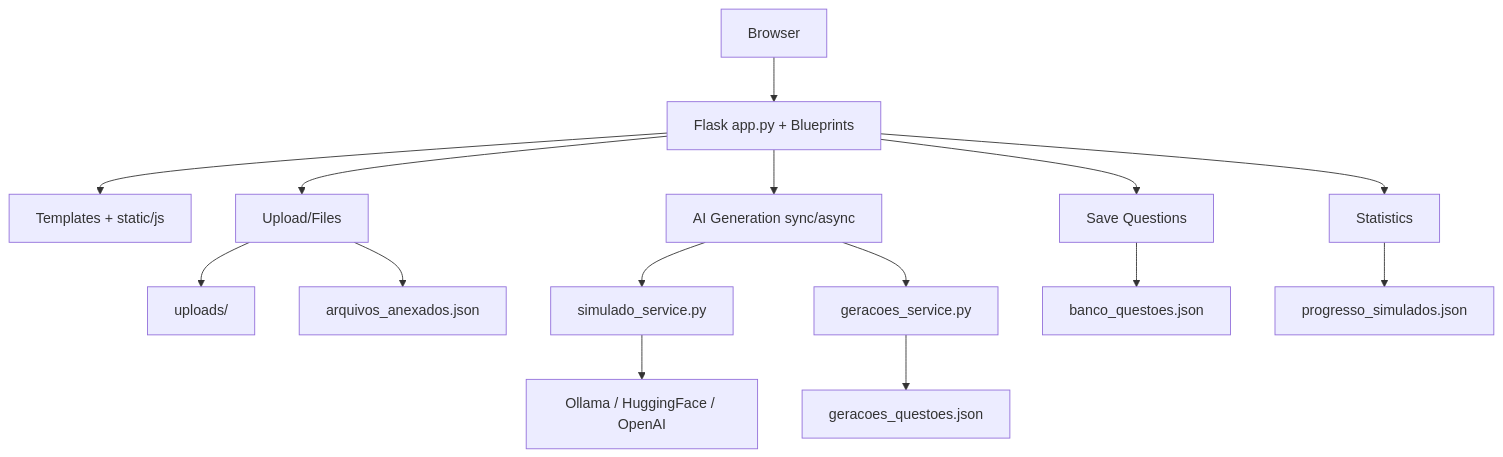
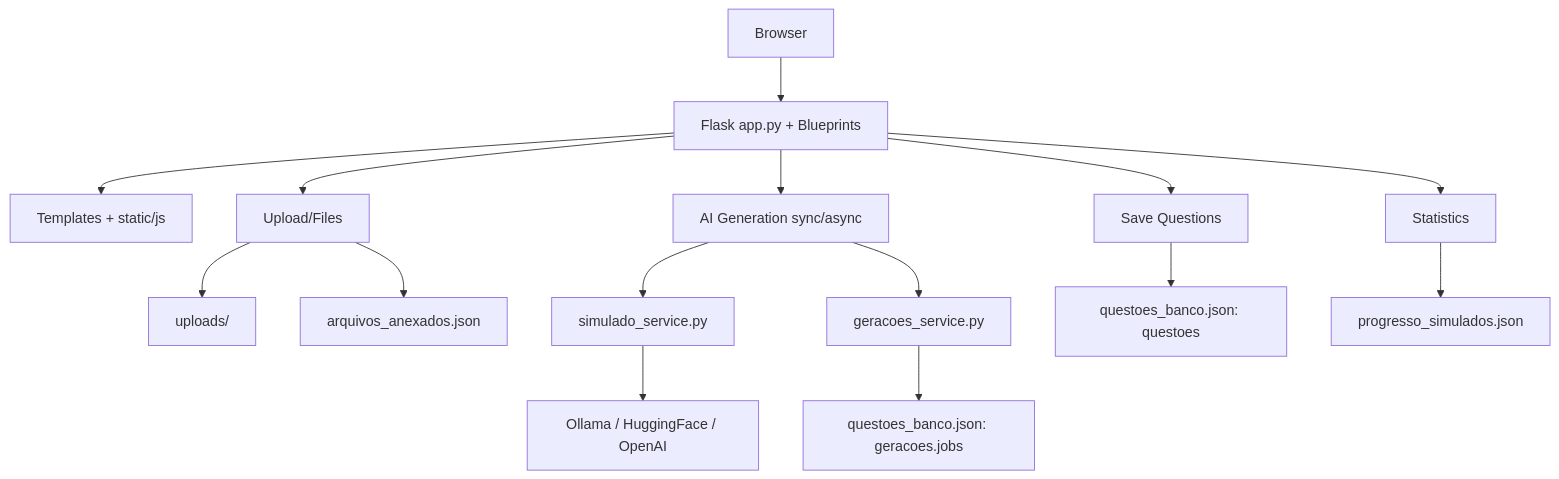
Before and after one commit to lucasteixeirati/ISTQB-CTAL-TA: the first of 2 diagrams in ARCHITECTURE.md, drawn with Mermaid. The commit also changed other lines of this file and 14 other files, not shown here.

````diff
--- a/ARCHITECTURE.md
+++ b/ARCHITECTURE.md
@@ -154,21 +156,21 @@
 ```mermaid
 flowchart TD
     A[Browser] --> B[Flask app.py + Blueprints]
 
     B --> C[Templates + static/js]
     B --> D[Upload/Files]
     B --> E["AI Generation sync/async"]
     B --> H[Save Questions]
     B --> I[Statistics]
 
     D --> D1[uploads/]
     D --> D2[arquivos_anexados.json]
 
     E --> F[simulado_service.py]
     F --> G["Ollama / HuggingFace / OpenAI"]
     E --> J[geracoes_service.py]
-    J --> K[geracoes_questoes.json]
+    J --> K[questoes_banco.json: geracoes.jobs]
 
-    H --> L[banco_questoes.json]
+    H --> L[questoes_banco.json: questoes]
     I --> M[progresso_simulados.json]
 ```
````
